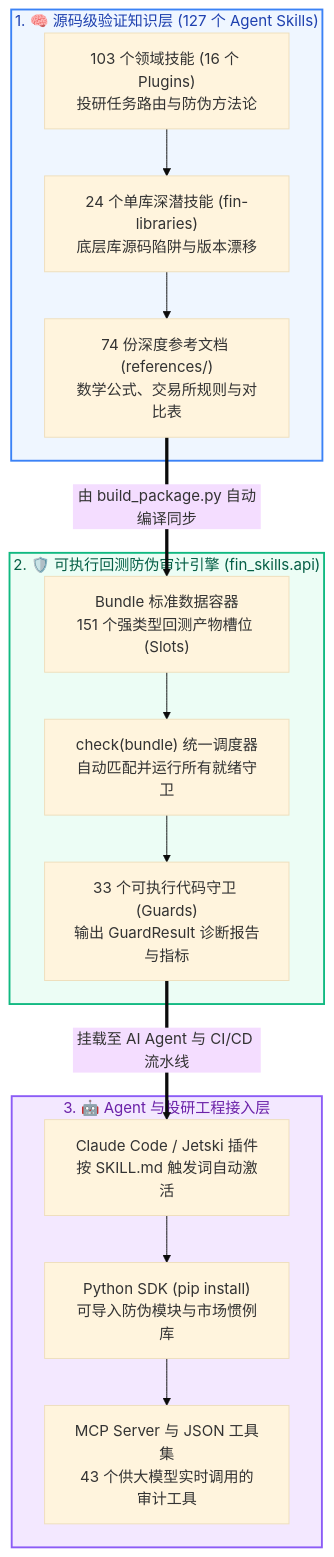
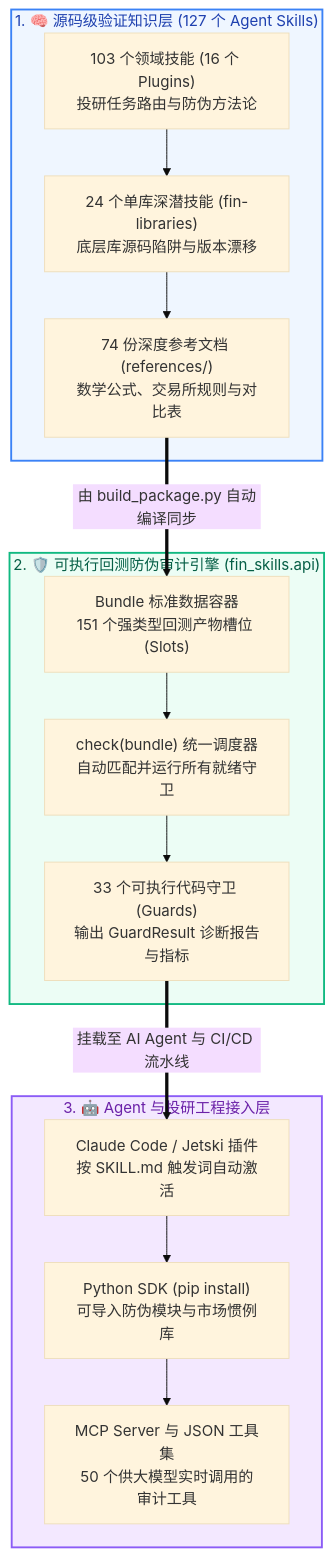
One commit to howard-lynn-ye/fin-skills changed the diagram in README_ZH.md. Above: the diagram before and after it, drawn with Mermaid (base theme). The commit also changed other lines of this file and 58 other files, not shown here.

````diff
--- a/README_ZH.md
+++ b/README_ZH.md
@@ -50,21 +55,21 @@
 ```mermaid
 flowchart TD
     subgraph TIER1 ["1. 🧠 源码级验证知识层 (127 个 Agent Skills)"]
         D1["103 个领域技能 (16 个 Plugins)<br/>投研任务路由与防伪方法论"] --> D2["24 个单库深潜技能 (fin-libraries)<br/>底层库源码陷阱与版本漂移"] --> D3["74 份深度参考文档 (references/)<br/>数学公式、交易所规则与对比表"]
     end
 
     subgraph TIER2 ["2. 🛡️ 可执行回测防伪审计引擎 (fin_skills.api)"]
         E1["Bundle 标准数据容器<br/>151 个强类型回测产物槽位 (Slots)"] --> E2["check(bundle) 统一调度器<br/>自动匹配并运行所有就绪守卫"] --> E3["33 个可执行代码守卫 (Guards)<br/>输出 GuardResult 诊断报告与指标"]
     end
 
     subgraph TIER3 ["3. 🤖 Agent 与投研工程接入层"]
-        I1["Claude Code / Jetski 插件<br/>按 SKILL.md 触发词自动激活"] --> I2["Python SDK (pip install)<br/>可导入防伪模块与市场惯例库"] --> I3["MCP Server 与 JSON 工具集<br/>43 个供大模型实时调用的审计工具"]
+        I1["Claude Code / Jetski 插件<br/>按 SKILL.md 触发词自动激活"] --> I2["Python SDK (pip install)<br/>可导入防伪模块与市场惯例库"] --> I3["MCP Server 与 JSON 工具集<br/>50 个供大模型实时调用的审计工具"]
     end
 
     D3 ==>|由 build_package.py 自动编译同步| E1
     E3 ==>|挂载至 AI Agent 与 CI/CD 流水线| I1
 
     style TIER1 fill:#eff6ff,stroke:#3b82f6,stroke-width:2px,color:#1e40af
     style TIER2 fill:#ecfdf5,stroke:#10b981,stroke-width:2px,color:#065f46
     style TIER3 fill:#f3e8ff,stroke:#8b5cf6,stroke-width:2px,color:#6b21a8
 ```
````
